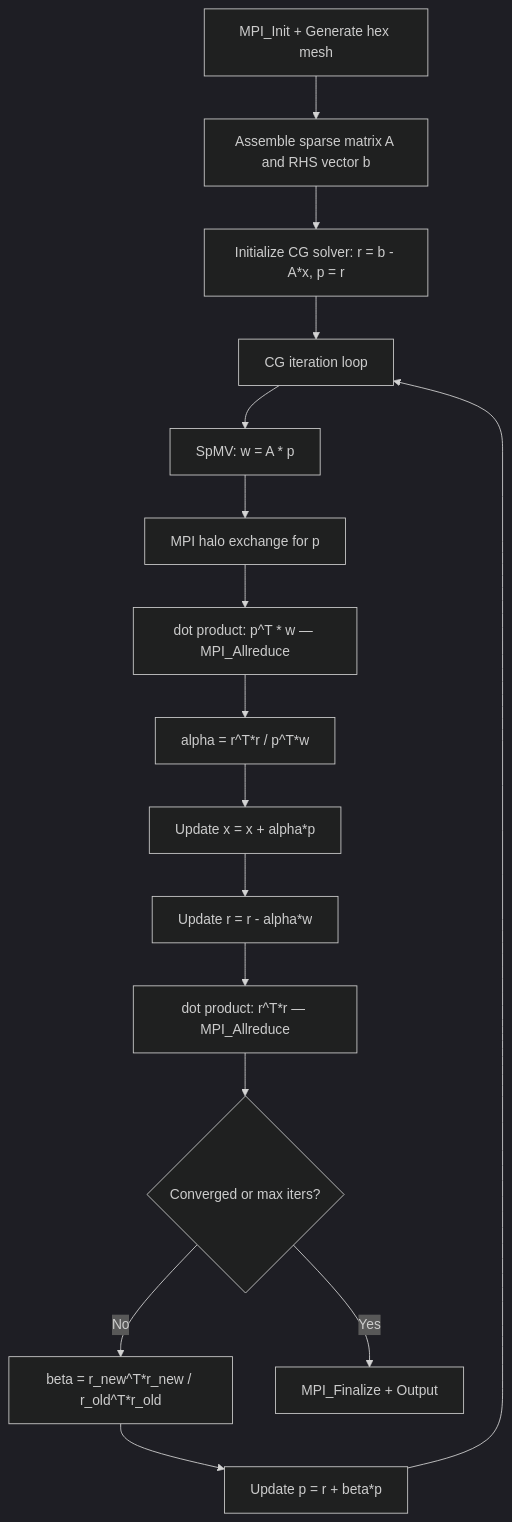
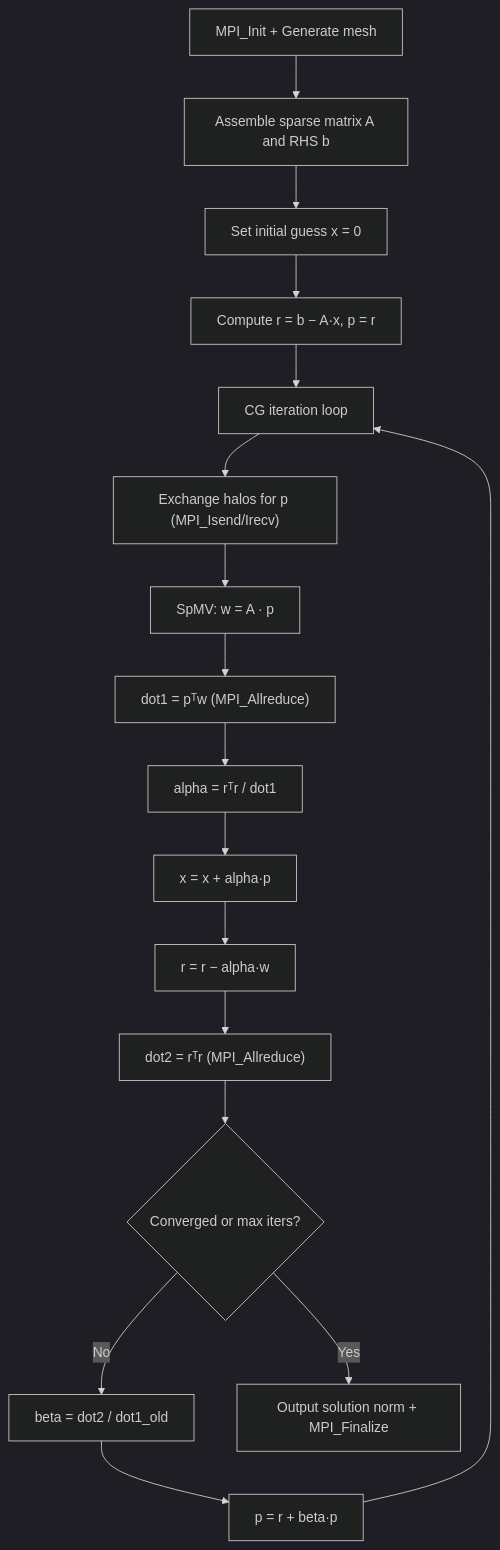
One commit to ngduchai/guard-agent changed the diagram in tests/apps/docs/miniFE/computation_flow.md. Above: the diagram before and after it, drawn with Mermaid (dark theme). The commit also changed other lines of this file and 19 other files, not shown here.

First line of the commit message:
docs: fix all computation flow diagrams and add output comparison guide

````diff
--- a/tests/apps/docs/miniFE/computation_flow.md
+++ b/tests/apps/docs/miniFE/computation_flow.md
@@ -8,18 +8,19 @@
 ```mermaid
 flowchart TD
-    A[MPI_Init + Generate hex mesh] --> B[Assemble sparse matrix A and RHS vector b]
-    B --> C[Initialize CG solver: r = b - A*x, p = r]
-    C --> D[CG iteration loop]
-    D --> E[SpMV: w = A * p]
-    E --> F[MPI halo exchange for p]
-    F --> G[dot product: p^T * w — MPI_Allreduce]
-    G --> H[alpha = r^T*r / p^T*w]
-    H --> I[Update x = x + alpha*p]
-    I --> J[Update r = r - alpha*w]
-    J --> K[dot product: r^T*r — MPI_Allreduce]
-    K --> L{Converged or max iters?}
-    L -->|No| M[beta = r_new^T*r_new / r_old^T*r_old]
-    M --> N[Update p = r + beta*p]
-    N --> D
-    L -->|Yes| O[MPI_Finalize + Output]
+    A[MPI_Init + Generate mesh] --> B[Assemble sparse matrix A and RHS b]
+    B --> C[Set initial guess x = 0]
+    C --> D["Compute r = b − A·x, p = r"]
+    D --> E[CG iteration loop]
+    E --> F["Exchange halos for p (MPI_Isend/Irecv)"]
+    F --> G["SpMV: w = A · p"]
+    G --> H["dot1 = pᵀw (MPI_Allreduce)"]
+    H --> I["alpha = rᵀr / dot1"]
+    I --> J["x = x + alpha·p"]
+    J --> K["r = r − alpha·w"]
+    K --> L["dot2 = rᵀr (MPI_Allreduce)"]
+    L --> M{Converged or max iters?}
+    M -->|No| N["beta = dot2 / dot1_old"]
+    N --> O["p = r + beta·p"]
+    O --> E
+    M -->|Yes| P[Output solution norm + MPI_Finalize]
 ```
````
